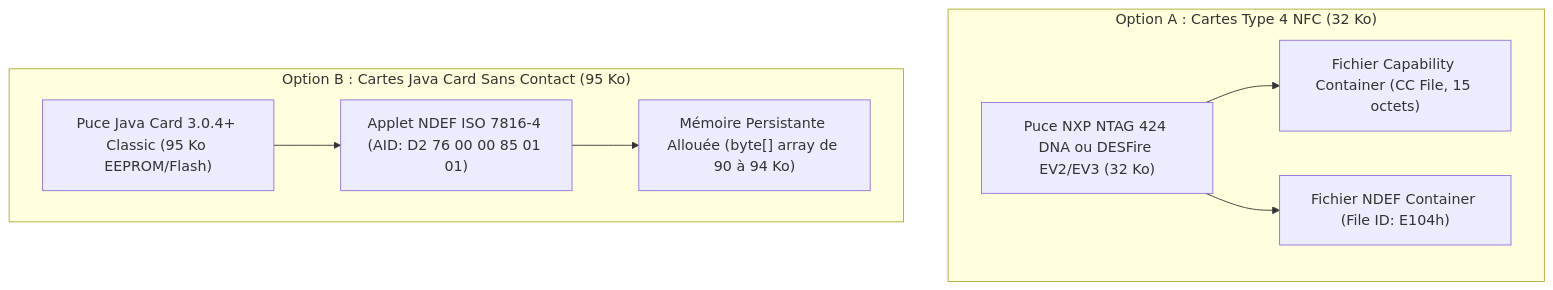
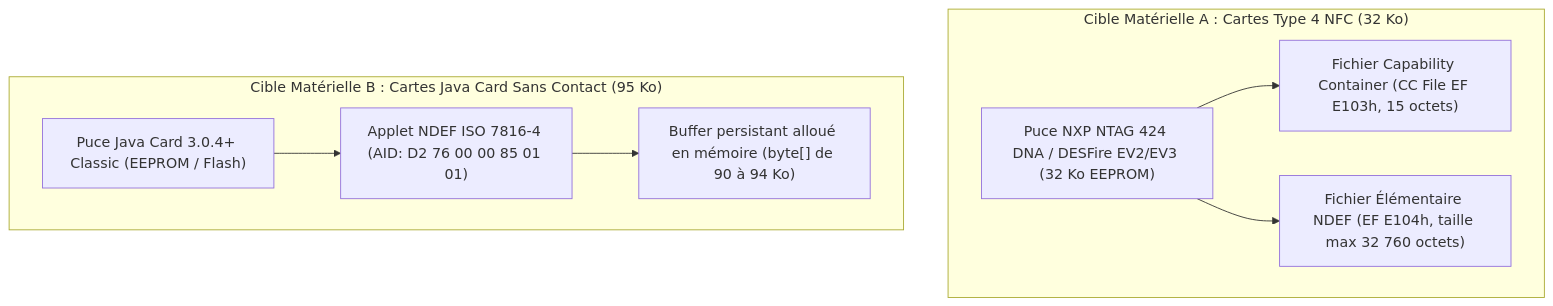
One commit to kurodohenroonsen/JemmaPass changed the second of 3 diagrams in docs/functional/35-nfc.md. Above: the diagram before and after it, drawn with Mermaid. The commit also changed other lines of this file, not shown here.

Commit message:
docs(functional): rewrite 35-nfc.md with verified official URLs, verbatim quotes, ECDSA P-256 and raw profile measurements

````diff
--- a/docs/functional/35-nfc.md
+++ b/docs/functional/35-nfc.md
@@ -99,17 +107,17 @@
 ```mermaid
 flowchart TD
-    subgraph Cible_A ["Option A : Cartes Type 4 NFC (32 Ko)"]
-        T4_CHIP["Puce NXP NTAG 424 DNA ou DESFire EV2/EV3 (32 Ko)"]
-        T4_CC["Fichier Capability Container (CC File, 15 octets)"]
-        T4_NDEF["Fichier NDEF Container (File ID: E104h)"]
+    subgraph Cible_A ["Cible Matérielle A : Cartes Type 4 NFC (32 Ko)"]
+        T4_CHIP["Puce NXP NTAG 424 DNA / DESFire EV2/EV3 (32 Ko EEPROM)"]
+        T4_CC["Fichier Capability Container (CC File EF E103h, 15 octets)"]
+        T4_NDEF["Fichier Élémentaire NDEF (EF E104h, taille max 32 760 octets)"]
         T4_CHIP --> T4_CC
         T4_CHIP --> T4_NDEF
     end
 
-    subgraph Cible_B ["Option B : Cartes Java Card Sans Contact (95 Ko)"]
-        JC_CARD["Puce Java Card 3.0.4+ Classic (95 Ko EEPROM/Flash)"]
+    subgraph Cible_B ["Cible Matérielle B : Cartes Java Card Sans Contact (95 Ko)"]
+        JC_CHIP["Puce Java Card 3.0.4+ Classic (EEPROM / Flash)"]
         JC_APPLET["Applet NDEF ISO 7816-4 (AID: D2 76 00 00 85 01 01)"]
-        JC_MEM["Mémoire Persistante Allouée (byte[] array de 90 à 94 Ko)"]
-        JC_CARD --> JC_APPLET --> JC_MEM
+        JC_BUF["Buffer persistant alloué en mémoire (byte[] de 90 à 94 Ko)"]
+        JC_CHIP --> JC_APPLET --> JC_BUF
     end
 ```
````
